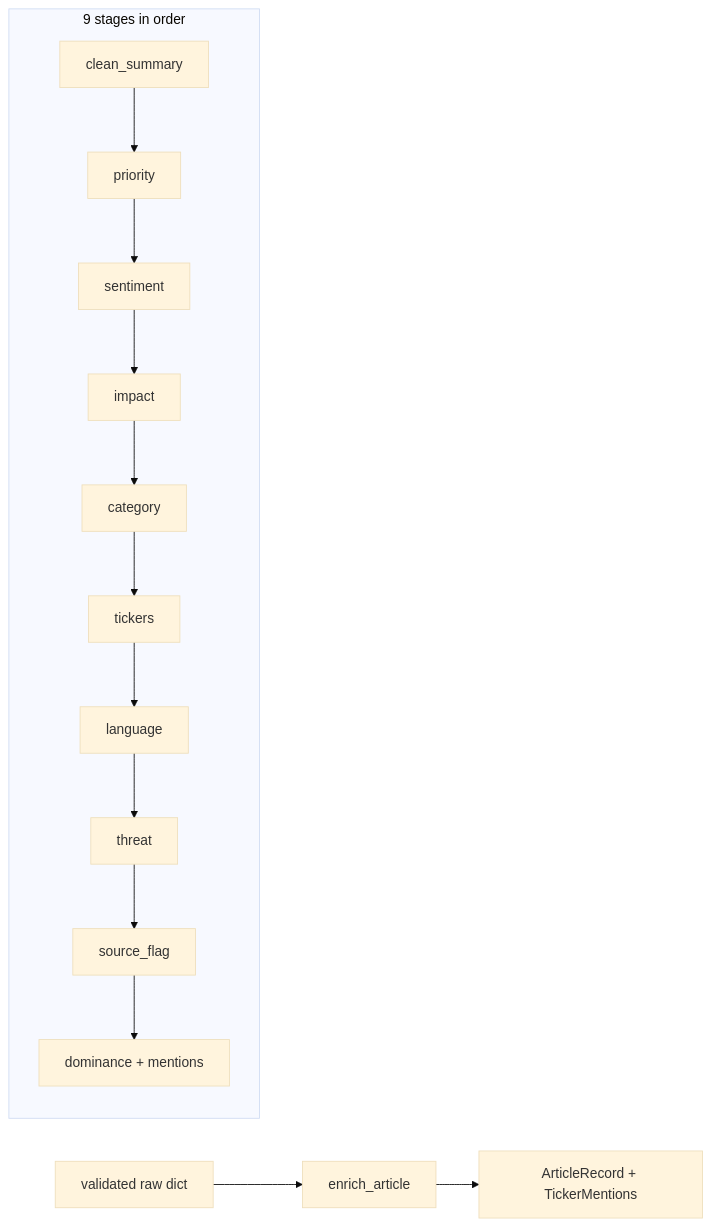
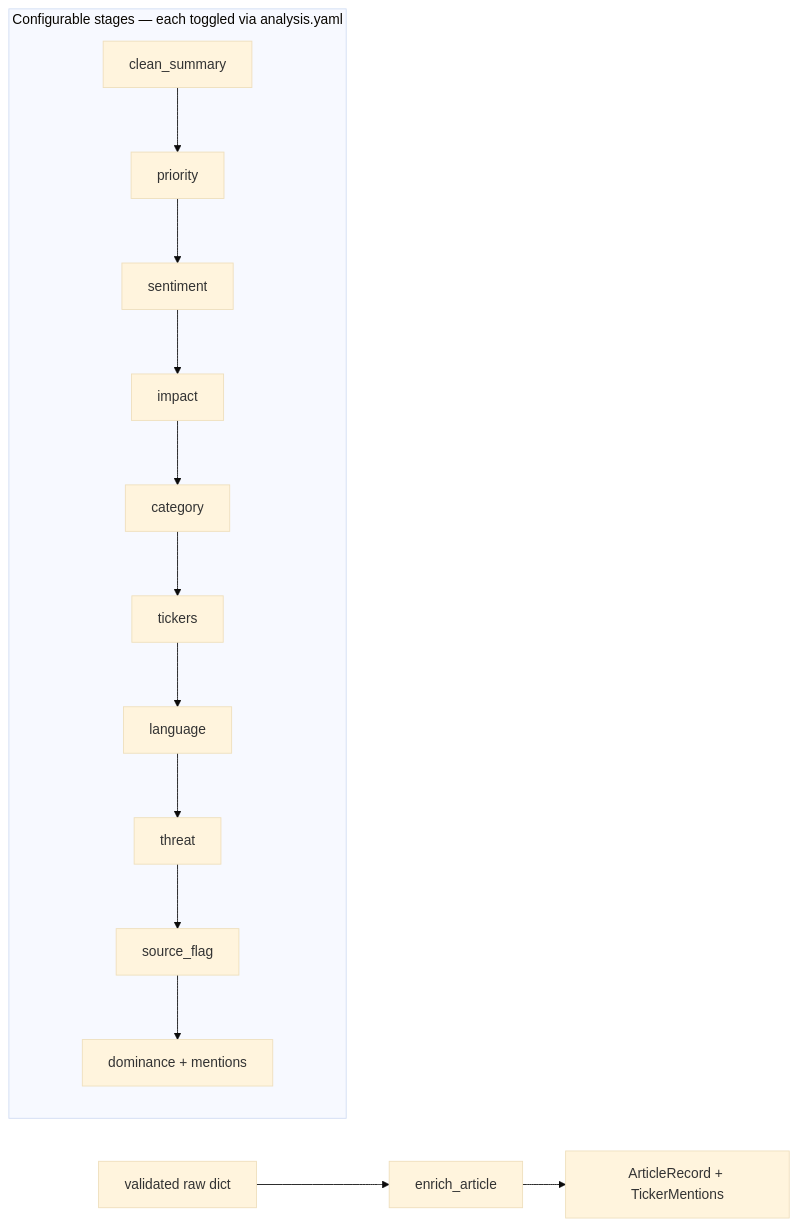
Before and after one commit to vinayakas1997/my-trading-work-3: the diagram in vinu-news/docs/book/part-2-analysis/ch12-enrichment-overview.md, drawn with Mermaid (base theme). The commit also changed other lines of this file and 123 other files, not shown here.

````diff
--- a/vinu-news/docs/book/part-2-analysis/ch12-enrichment-overview.md
+++ b/vinu-news/docs/book/part-2-analysis/ch12-enrichment-overview.md
@@ -23,16 +24,16 @@
 ```mermaid
 flowchart LR
   Raw[validated raw dict] --> E[enrich_article]
   E --> A[ArticleRecord + TickerMentions]
-  subgraph stages [9 stages in order]
+  subgraph stages [Configurable stages — each toggled via analysis.yaml]
     S1[clean_summary] --> S2[priority]
     S2 --> S3[sentiment]
     S3 --> S4[impact]
     S4 --> S5[category]
     S5 --> S6[tickers]
     S6 --> S7[language]
     S7 --> S8[threat]
     S8 --> S9[source_flag]
     S9 --> S10[dominance + mentions]
   end
 ```
````
